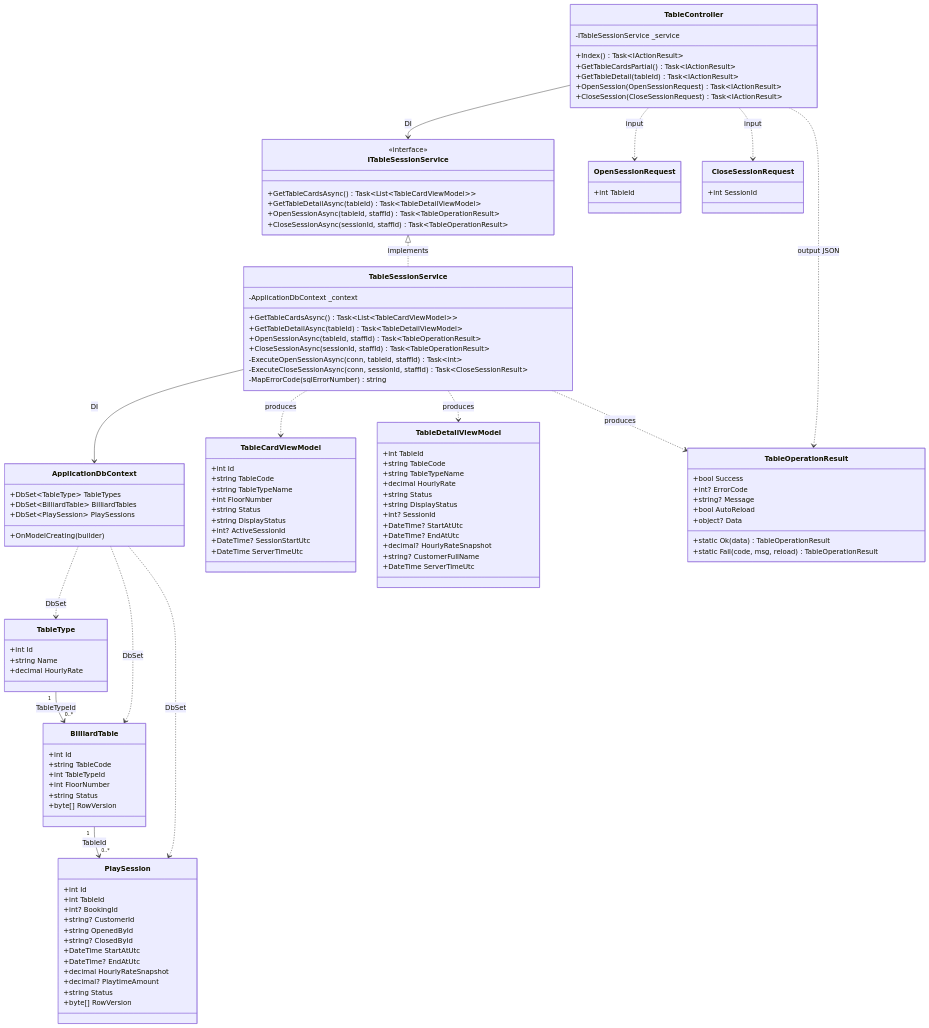
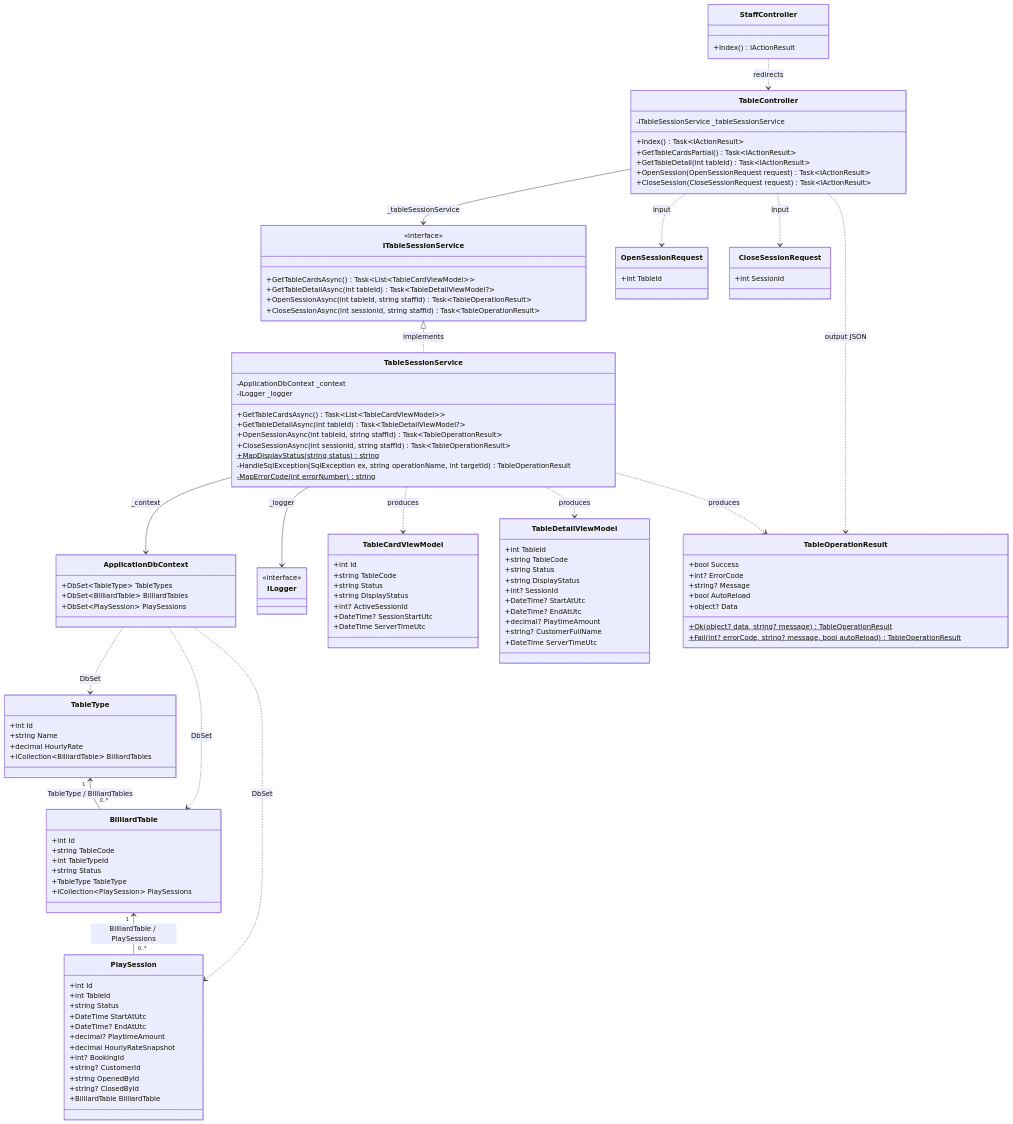
Before and after one commit to HE176671/billiard-management-system: the diagram in docs/sds-doan/04-classes.mmd, drawn with Mermaid. The commit also changed 10 other files, not shown here.

```diff
--- a/docs/sds-doan/04-classes.mmd
+++ b/docs/sds-doan/04-classes.mmd
@@ -1,114 +1,119 @@
 classDiagram
+    class TableController {
+        -ITableSessionService _tableSessionService
+        +Index() Task~IActionResult~
+        +GetTableCardsPartial() Task~IActionResult~
+        +GetTableDetail(int tableId) Task~IActionResult~
+        +OpenSession(OpenSessionRequest request) Task~IActionResult~
+        +CloseSession(CloseSessionRequest request) Task~IActionResult~
+    }
+    class StaffController {
+        +Index() IActionResult
+    }
+    class ITableSessionService {
+        <<interface>>
+        +GetTableCardsAsync() Task~List~TableCardViewModel~~
+        +GetTableDetailAsync(int tableId) Task~TableDetailViewModel?~
+        +OpenSessionAsync(int tableId, string staffId) Task~TableOperationResult~
+        +CloseSessionAsync(int sessionId, string staffId) Task~TableOperationResult~
+    }
+    class TableSessionService {
+        -ApplicationDbContext _context
+        -ILogger _logger
+        +GetTableCardsAsync() Task~List~TableCardViewModel~~
+        +GetTableDetailAsync(int tableId) Task~TableDetailViewModel?~
+        +OpenSessionAsync(int tableId, string staffId) Task~TableOperationResult~
+        +CloseSessionAsync(int sessionId, string staffId) Task~TableOperationResult~
+        +MapDisplayStatus(string status)$ string
+        -HandleSqlException(SqlException ex, string operationName, int targetId) TableOperationResult
+        -MapErrorCode(int errorNumber)$ string
+    }
+    class ApplicationDbContext {
+        +DbSet~TableType~ TableTypes
+        +DbSet~BilliardTable~ BilliardTables
+        +DbSet~PlaySession~ PlaySessions
+    }
+    class ILogger {
+        <<interface>>
+    }
     class TableType {
         +int Id
         +string Name
         +decimal HourlyRate
+        +ICollection~BilliardTable~ BilliardTables
     }
     class BilliardTable {
         +int Id
         +string TableCode
         +int TableTypeId
-        +int FloorNumber
         +string Status
-        +byte[] RowVersion
+        +TableType TableType
+        +ICollection~PlaySession~ PlaySessions
     }
     class PlaySession {
         +int Id
         +int TableId
+        +string Status
+        +DateTime StartAtUtc
+        +DateTime? EndAtUtc
+        +decimal? PlaytimeAmount
+        +decimal HourlyRateSnapshot
         +int? BookingId
         +string? CustomerId
         +string OpenedById
         +string? ClosedById
-        +DateTime StartAtUtc
-        +DateTime? EndAtUtc
-        +decimal HourlyRateSnapshot
-        +decimal? PlaytimeAmount
-        +string Status
-        +byte[] RowVersion
+        +BilliardTable BilliardTable
     }
     class TableCardViewModel {
         +int Id
         +string TableCode
-        +string TableTypeName
-        +int FloorNumber
         +string Status
         +string DisplayStatus
         +int? ActiveSessionId
         +DateTime? SessionStartUtc
         +DateTime ServerTimeUtc
     }
     class TableDetailViewModel {
         +int TableId
         +string TableCode
-        +string TableTypeName
-        +decimal HourlyRate
         +string Status
         +string DisplayStatus
         +int? SessionId
         +DateTime? StartAtUtc
         +DateTime? EndAtUtc
-        +decimal? HourlyRateSnapshot
+        +decimal? PlaytimeAmount
         +string? CustomerFullName
         +DateTime ServerTimeUtc
     }
     class OpenSessionRequest {
         +int TableId
     }
     class CloseSessionRequest {
         +int SessionId
     }
     class TableOperationResult {
         +bool Success
         +int? ErrorCode
         +string? Message
         +bool AutoReload
         +object? Data
-        +static Ok(data) TableOperationResult
-        +static Fail(code, msg, reload) TableOperationResult
-    }
-    class ITableSessionService {
-        <<interface>>
-        +GetTableCardsAsync() Task~List~TableCardViewModel~~
-        +GetTableDetailAsync(tableId) Task~TableDetailViewModel~
-        +OpenSessionAsync(tableId, staffId) Task~TableOperationResult~
-        +CloseSessionAsync(sessionId, staffId) Task~TableOperationResult~
-    }
-    class TableSessionService {
-        -ApplicationDbContext _context
-        +GetTableCardsAsync() Task~List~TableCardViewModel~~
-        +GetTableDetailAsync(tableId) Task~TableDetailViewModel~
-        +OpenSessionAsync(tableId, staffId) Task~TableOperationResult~
-        +CloseSessionAsync(sessionId, staffId) Task~TableOperationResult~
-        -ExecuteOpenSessionAsync(conn, tableId, staffId) Task~int~
-        -ExecuteCloseSessionAsync(conn, sessionId, staffId) Task~CloseSessionResult~
-        -MapErrorCode(sqlErrorNumber) string
-    }
-    class TableController {
-        -ITableSessionService _service
-        +Index() Task~IActionResult~
-        +GetTableCardsPartial() Task~IActionResult~
-        +GetTableDetail(tableId) Task~IActionResult~
-        +OpenSession(OpenSessionRequest) Task~IActionResult~
-        +CloseSession(CloseSessionRequest) Task~IActionResult~
-    }
-    class ApplicationDbContext {
-        +DbSet~TableType~ TableTypes
-        +DbSet~BilliardTable~ BilliardTables
-        +DbSet~PlaySession~ PlaySessions
-        +OnModelCreating(builder)
+        +Ok(object? data, string? message)$ TableOperationResult
+        +Fail(int? errorCode, string? message, bool autoReload)$ TableOperationResult
     }
 
-    TableType "1" --> "0..*" BilliardTable : TableTypeId
-    BilliardTable "1" --> "0..*" PlaySession : TableId
-    TableController --> ITableSessionService : DI
+    StaffController ..> TableController : redirects
+    TableController --> ITableSessionService : _tableSessionService
     TableController ..> OpenSessionRequest : input
     TableController ..> CloseSessionRequest : input
     TableController ..> TableOperationResult : output JSON
     ITableSessionService <|.. TableSessionService : implements
-    TableSessionService --> ApplicationDbContext : DI
+    TableSessionService --> ApplicationDbContext : _context
+    TableSessionService --> ILogger : _logger
     TableSessionService ..> TableCardViewModel : produces
     TableSessionService ..> TableDetailViewModel : produces
     TableSessionService ..> TableOperationResult : produces
+    TableType "1" <-- "0..*" BilliardTable : TableType / BilliardTables
+    BilliardTable "1" <-- "0..*" PlaySession : BilliardTable / PlaySessions
     ApplicationDbContext ..> TableType : DbSet
     ApplicationDbContext ..> BilliardTable : DbSet
     ApplicationDbContext ..> PlaySession : DbSet
```
